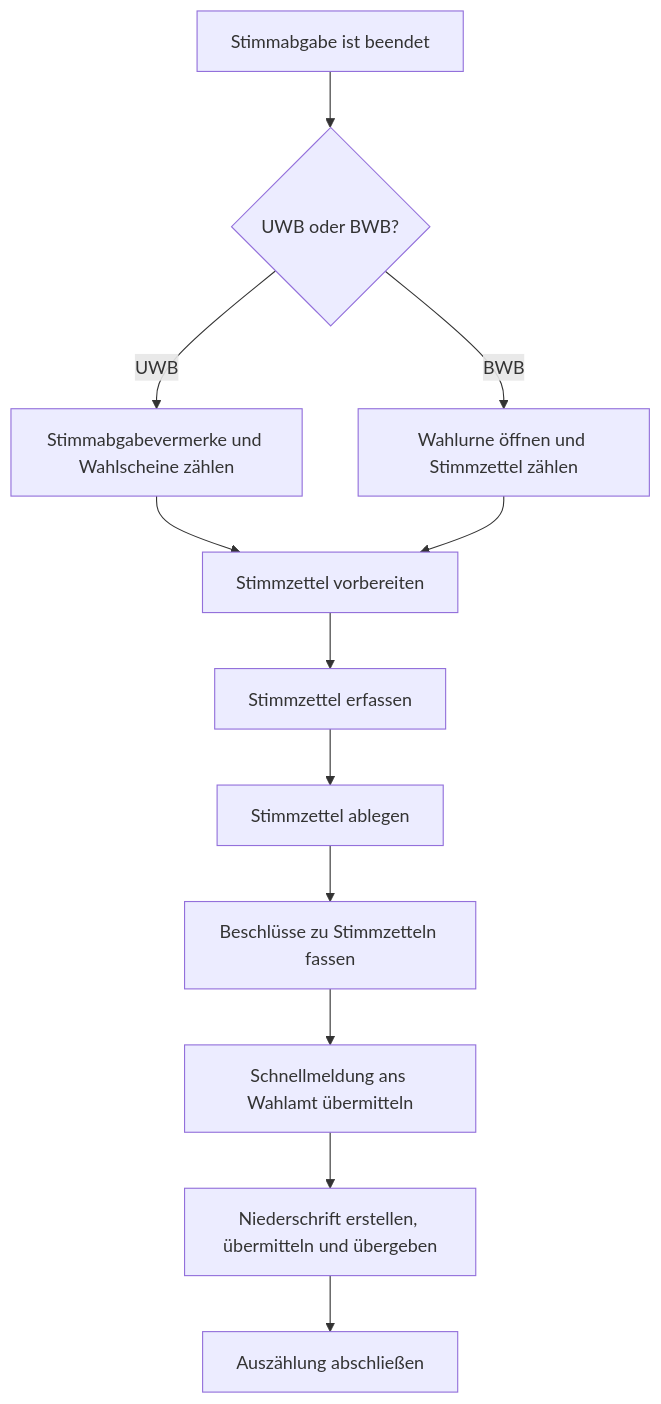
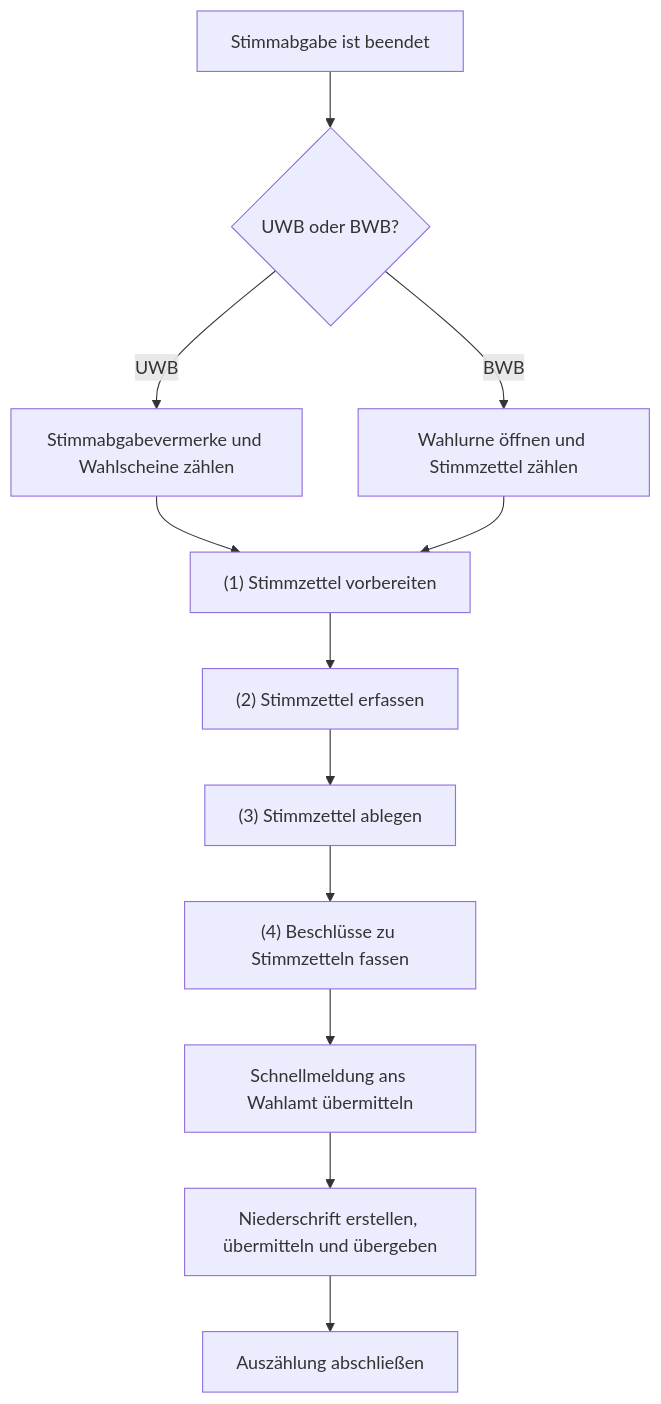
Before and after one commit to it-at-m/Wahllokalsystem: the first of 3 diagrams in docs/src/dse/index.md, drawn with Mermaid. The commit also changed other lines of this file, not shown here.

````diff
--- a/docs/src/dse/index.md
+++ b/docs/src/dse/index.md
@@ -13,23 +13,23 @@
 ```mermaid
 flowchart TD    
     S1[Stimmabgabe ist beendet]
     D2{UWB oder BWB?}
     S2a[Stimmabgabevermerke und Wahlscheine zählen]
     S2b[Wahlurne öffnen und Stimmzettel zählen]
-    S3[Stimmzettel vorbereiten]
-    S4[Stimmzettel erfassen]
-    S5[Stimmzettel ablegen]
-    S6[Beschlüsse zu Stimmzetteln fassen]
+    S3["(1) Stimmzettel vorbereiten"]
+    S4["(2) Stimmzettel erfassen"]
+    S5["(3) Stimmzettel ablegen"]
+    S6["(4) Beschlüsse zu Stimmzetteln fassen"]
     S7[Schnellmeldung ans Wahlamt übermitteln]
     S8[Niederschrift erstellen, übermitteln und übergeben]
     S9[Auszählung abschließen]
 
     S1-->D2
     D2-->|UWB| S2a
     D2-->|BWB| S2b
     S2a --> S3
     S2b --> S3
     S3 --> S4 --> S5 --> S6 --> S7 --> S8 --> S9
 
     class S3,S4,S5,S6 newProcessStep;
 ```
````
